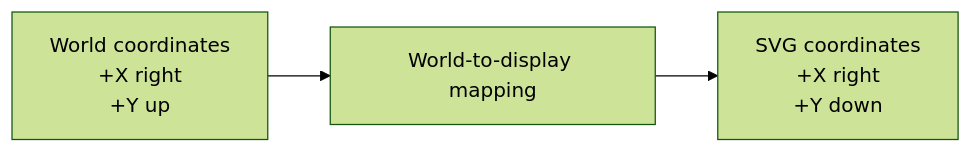
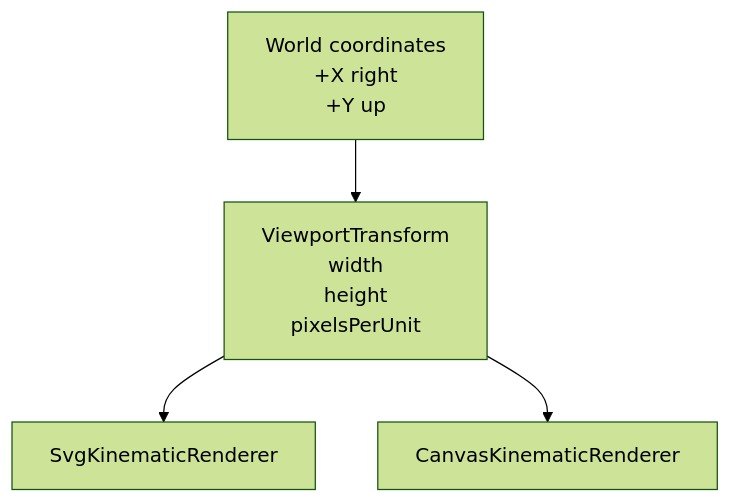
Before and after one commit to fa-ribeiro/vLab2D: diagram 13 of 17 in docs/architecture/README.md, drawn with Mermaid (forest theme). The commit also changed other lines of this file and 8 other files, not shown here.

Commit message:
refactor(visualization): share viewport transform

````diff
--- a/docs/architecture/README.md
+++ b/docs/architecture/README.md
@@ -601,10 +610,14 @@
 ```mermaid
-flowchart LR
+flowchart TD
     WORLD["World coordinates<br/>+X right<br/>+Y up"]
 
-    MAP["World-to-display mapping"]
+    TRANSFORM["ViewportTransform<br/>width<br/>height<br/>pixelsPerUnit"]
 
-    DISPLAY["SVG coordinates<br/>+X right<br/>+Y down"]
+    SVG["SvgKinematicRenderer"]
+    CANVAS["CanvasKinematicRenderer"]
 
-    WORLD --> MAP --> DISPLAY
+    WORLD --> TRANSFORM
+
+    TRANSFORM --> SVG
+    TRANSFORM --> CANVAS
 ```
````
